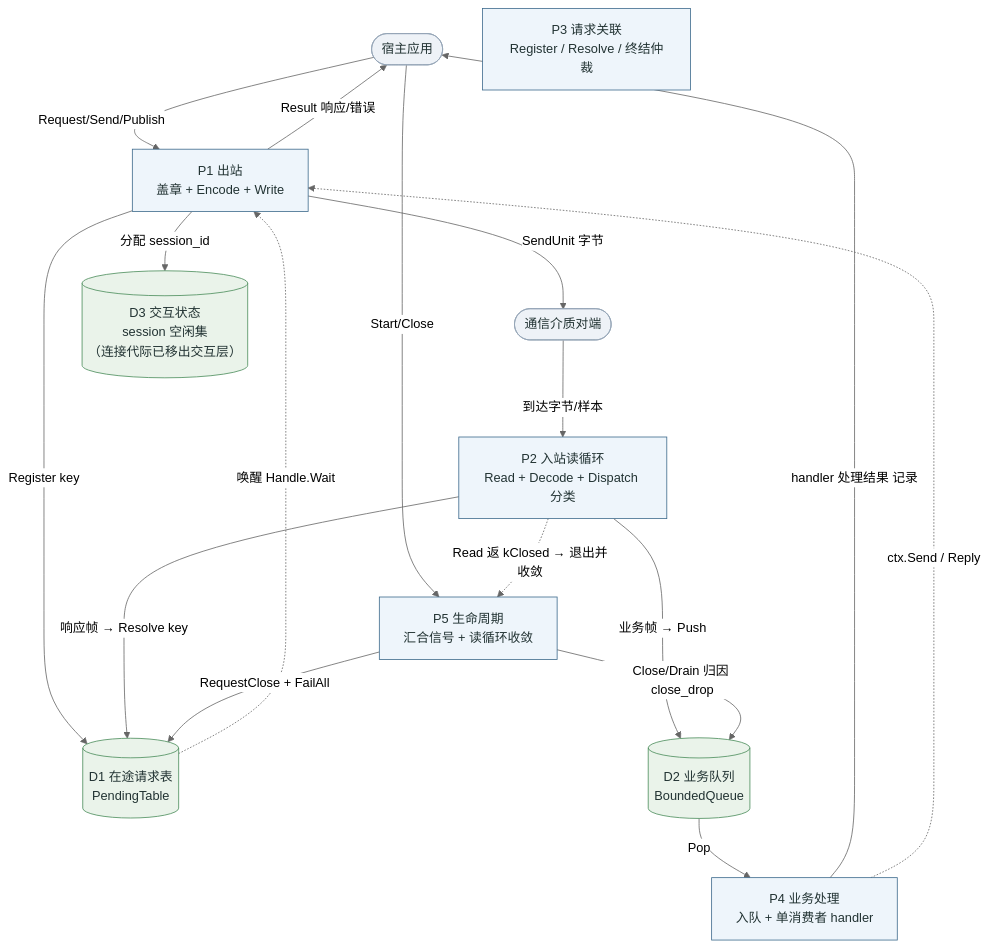
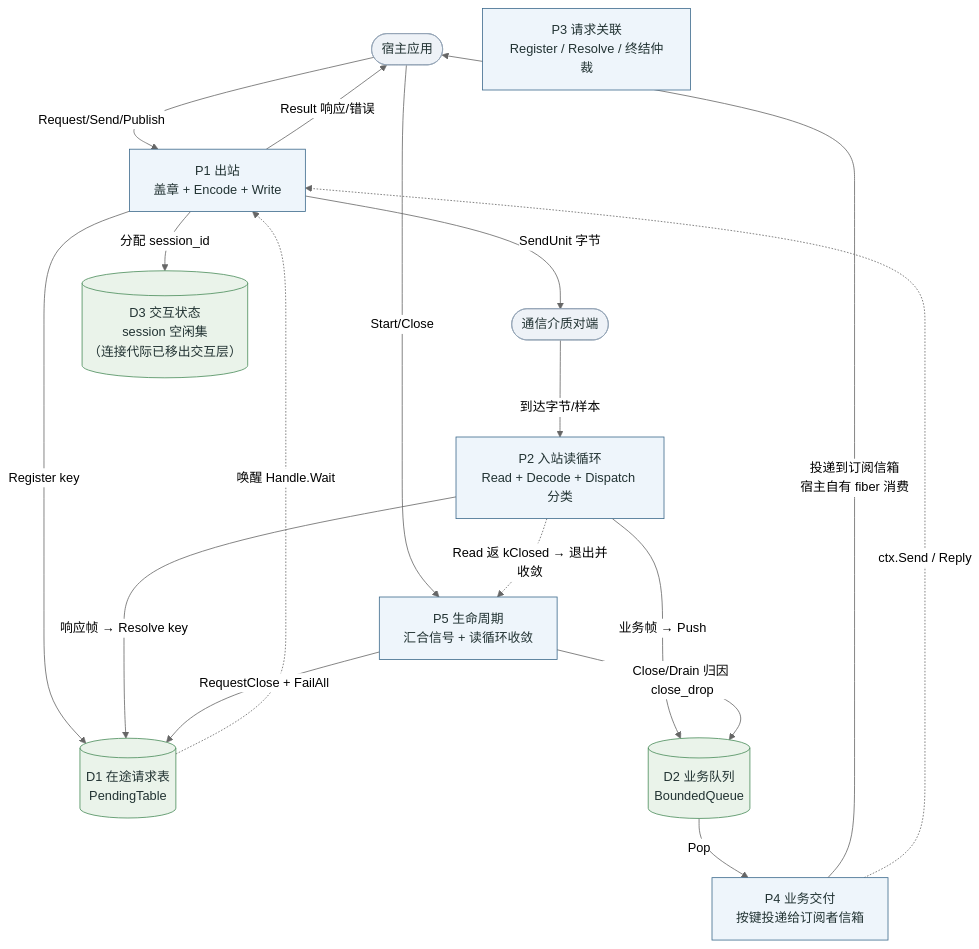
One commit to Ste7an-cs/Transport changed the diagram in docs/diagrams/dfd-toplevel.mmd. Above: the diagram before and after it, drawn with Mermaid (neutral theme). The commit also changed 20 other files, not shown here.

First line of the commit message:
docs(sdd): 同步 handler 通道废止(ADR-0009),十张图重绘并重渲染

```diff
--- a/docs/diagrams/dfd-toplevel.mmd
+++ b/docs/diagrams/dfd-toplevel.mmd
@@ -1,40 +1,40 @@
 flowchart TB
     APP([宿主应用])
     MEDIA([通信介质对端])
 
     P1["P1 出站<br/>盖章 + Encode + Write"]
     P2["P2 入站读循环<br/>Read + Decode + Dispatch 分类"]
     P3["P3 请求关联<br/>Register / Resolve / 终结仲裁"]
-    P4["P4 业务处理<br/>入队 + 单消费者 handler"]
+    P4["P4 业务交付<br/>按键投递给订阅者信箱"]
     P5["P5 生命周期<br/>汇合信号 + 读循环收敛"]
 
     D1[("D1 在途请求表<br/>PendingTable")]
     D2[("D2 业务队列<br/>BoundedQueue")]
     D3[("D3 交互状态<br/>session 空闲集<br/>（连接代际已移出交互层）")]
 
     APP -->|Request/Send/Publish| P1
     P1 -->|Register key| D1
     P1 -->|分配 session_id| D3
     P1 -->|SendUnit 字节| MEDIA
 
     MEDIA -->|到达字节/样本| P2
     P2 -->|响应帧 → Resolve key| D1
     P2 -->|业务帧 → Push| D2
     D1 -.->|唤醒 Handle.Wait| P1
     P1 -->|Result 响应/错误| APP
 
     D2 -->|Pop| P4
-    P4 -->|handler 处理结果 记录| APP
+    P4 -->|投递到订阅信箱<br/>宿主自有 fiber 消费| APP
     P4 -.->|ctx.Send / Reply| P1
 
     APP -->|Start/Close| P5
     P5 -->|RequestClose + FailAll| D1
     P5 -->|Close/Drain 归因 close_drop| D2
     P2 -.->|Read 返 kClosed → 退出并收敛| P5
 
     classDef ext fill:#eef2f7,stroke:#93a4b5,color:#233;
     classDef proc fill:#eef5fb,stroke:#3d6a8c,color:#233;
     classDef store fill:#eaf3ea,stroke:#4a8c5a,color:#233;
     class APP,MEDIA ext;
     class P1,P2,P3,P4,P5 proc;
     class D1,D2,D3 store;
```
